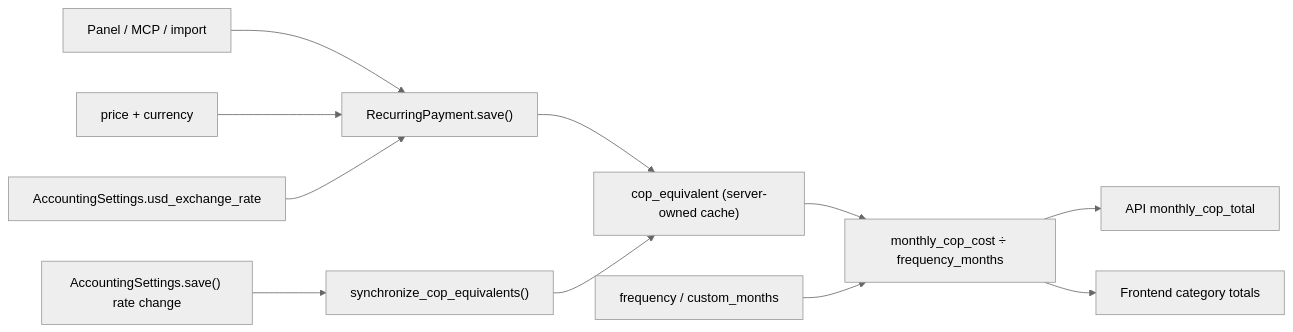
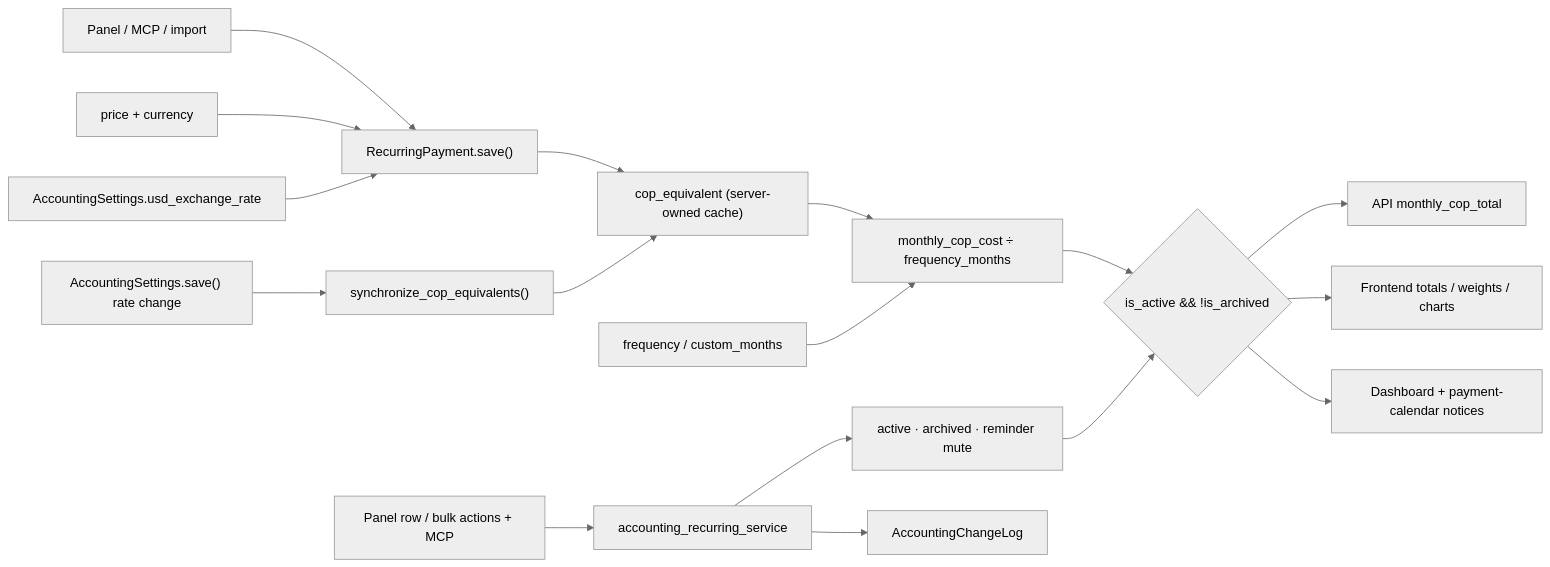
Diagram 15 of 21 in docs/methodology/architecture.md (gustavop-dev/projectapp), drawn with Mermaid (neutral theme) before and after one commit. The commit also changed other lines of this file and 50 other files, not shown here.

Commit message:
feat: add recurring payment lifecycle actions (#285)

````diff
--- a/docs/methodology/architecture.md
+++ b/docs/methodology/architecture.md
@@ -872,13 +872,19 @@
 ```mermaid
 flowchart LR
     Writers["Panel / MCP / import"] --> Save["RecurringPayment.save()"]
     Inputs["price + currency"] --> Save
     Rate["AccountingSettings.usd_exchange_rate"] --> Save
     Save --> Equivalent["cop_equivalent (server-owned cache)"]
     Equivalent --> Monthly["monthly_cop_cost ÷ frequency_months"]
     Frequency["frequency / custom_months"] --> Monthly
-    Monthly --> General["API monthly_cop_total"]
-    Monthly --> Category["Frontend category totals"]
+    Monthly --> BudgetGate{"is_active && !is_archived"}
+    BudgetGate --> General["API monthly_cop_total"]
+    BudgetGate --> Category["Frontend totals / weights / charts"]
+    BudgetGate --> Notices["Dashboard + payment-calendar notices"]
     RateChange["AccountingSettings.save() rate change"] --> Sync["synchronize_cop_equivalents()"]
     Sync --> Equivalent
+    RowActions["Panel row / bulk actions + MCP"] --> Lifecycle["accounting_recurring_service"]
+    Lifecycle --> State["active · archived · reminder mute"]
+    State --> BudgetGate
+    Lifecycle --> Audit["AccountingChangeLog"]
 ```
````
